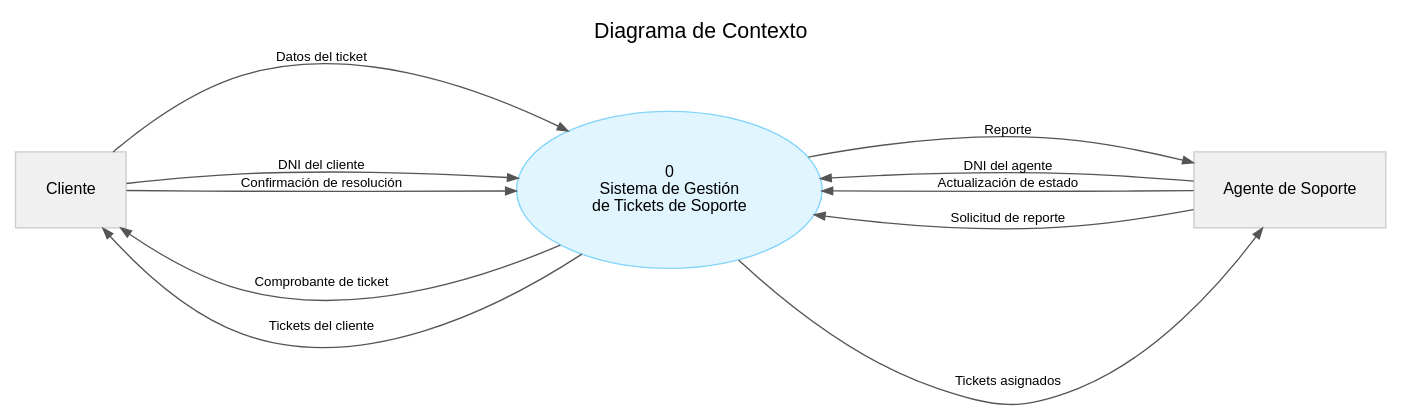
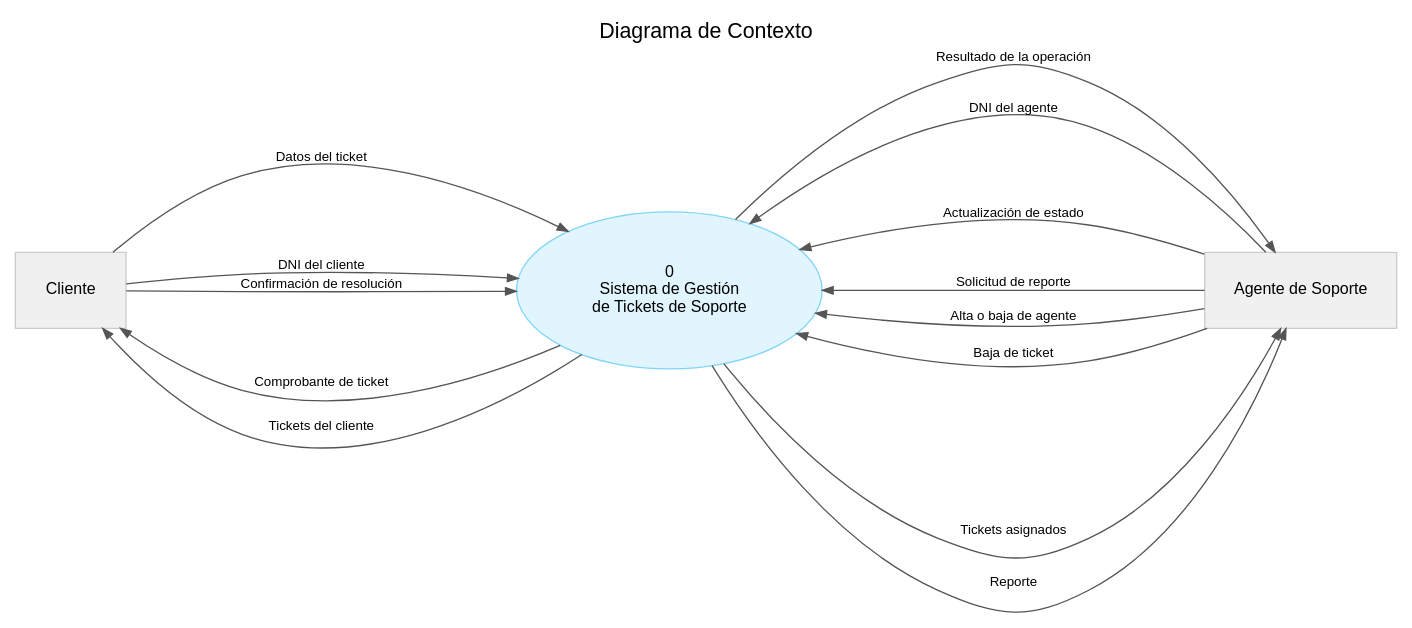
Before and after one commit to lucho-peralta/gestionTickets: the first of 2 diagrams in documentacion/12_diagrama_flujo_datos.md, drawn with Graphviz. The commit also changed other lines of this file and 29 other files, not shown here.

````diff
--- a/documentacion/12_diagrama_flujo_datos.md
+++ b/documentacion/12_diagrama_flujo_datos.md
@@ -20,38 +20,41 @@
 ```dot
 digraph DiagramaContexto {
     rankdir=LR;
     splines=true;
     nodesep=0.8;
     ranksep=2.4;
     fontname="Helvetica,Arial,sans-serif";
     labelloc="t";
     label="Diagrama de Contexto";
     fontsize=16;
 
     node [fontname="Helvetica,Arial,sans-serif", fontsize=12, margin=0.3];
     edge [fontname="Helvetica,Arial,sans-serif", fontsize=10, color="#555555", arrowsize=0.8];
 
     // Entidades externas
     node [shape=box, style=filled, fillcolor="#f0f0f0", color="#cccccc"];
     C [label="Cliente"];
     A [label="Agente de Soporte"];
 
     // Proceso central
     node [shape=ellipse, style=filled, fillcolor="#e1f5fe", color="#81d4fa"];
     P0 [label="0\nSistema de Gestión\nde Tickets de Soporte"];
 
     // Cliente
     C -> P0 [label="Datos del ticket"];
     P0 -> C [label="Comprobante de ticket"];
     C -> P0 [label="DNI del cliente"];
     P0 -> C [label="Tickets del cliente"];
     C -> P0 [label="Confirmación de resolución"];
 
     // Agente
     P0 -> A [label="Tickets asignados"];
     A -> P0 [label="DNI del agente"];
     A -> P0 [label="Actualización de estado"];
     A -> P0 [label="Solicitud de reporte"];
     P0 -> A [label="Reporte"];
+    A -> P0 [label="Alta o baja de agente"];
+    A -> P0 [label="Baja de ticket"];
+    P0 -> A [label="Resultado de la operación"];
 }
 ```
````
